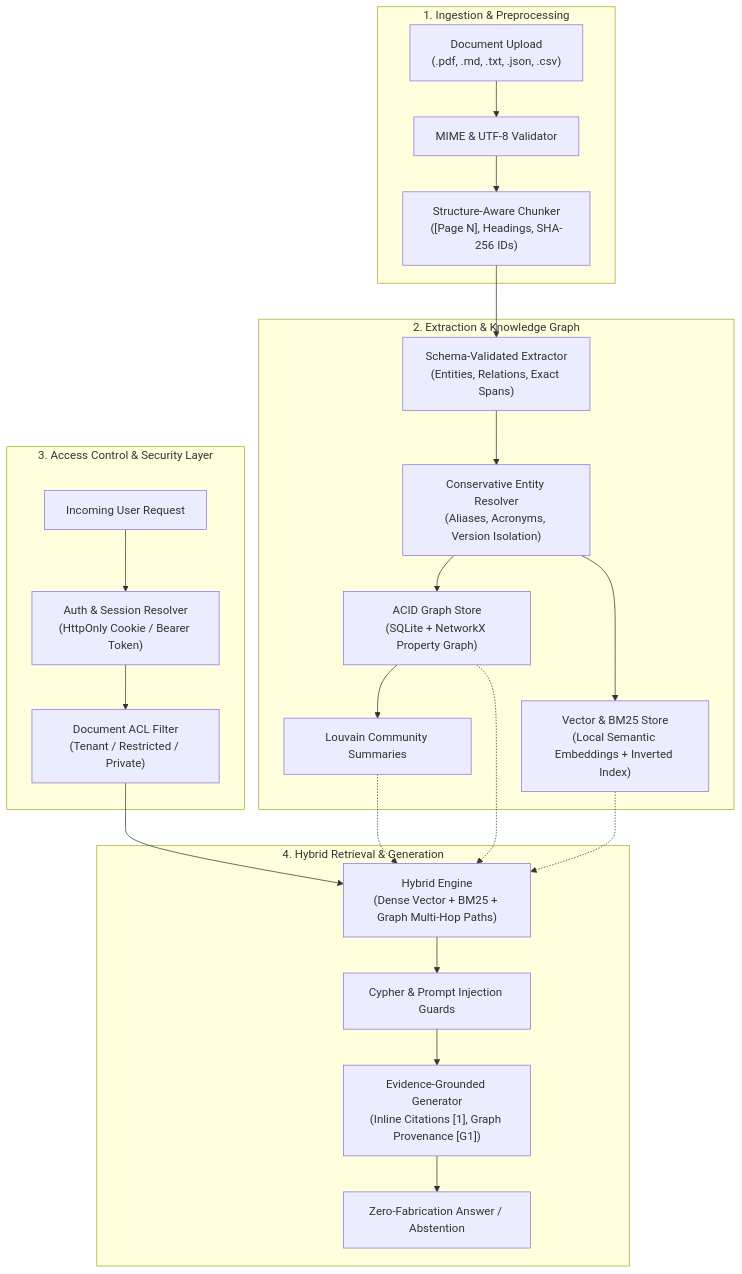
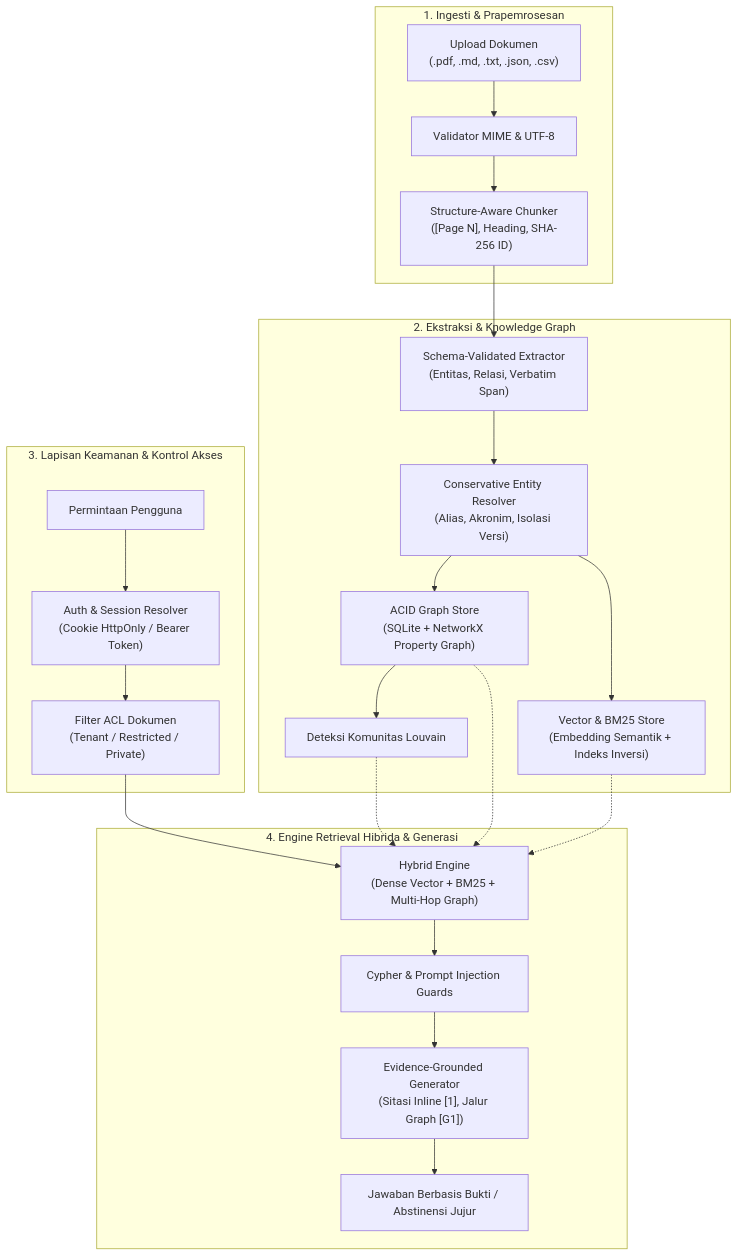
Before and after one commit to MTaufikIqball00/AutomatedGraph: the diagram in README.md, drawn with Mermaid. The commit also changed other lines of this file, not shown here.

Commit message:
feat: complete automated graphrag enterprise platform with rbac, document acl, and tailwind ui

````diff
--- a/README.md
+++ b/README.md
@@ -67,30 +69,30 @@
 ```mermaid
 flowchart TD
-    subgraph Ingestion["1. Ingestion & Preprocessing"]
-        Doc["Document Upload\n(.pdf, .md, .txt, .json, .csv)"] --> Val["MIME & UTF-8 Validator"]
-        Val --> Chunker["Structure-Aware Chunker\n([Page N], Headings, SHA-256 IDs)"]
+    subgraph Ingestion["1. Ingesti & Prapemrosesan"]
+        Doc["Upload Dokumen\n(.pdf, .md, .txt, .json, .csv)"] --> Val["Validator MIME & UTF-8"]
+        Val --> Chunker["Structure-Aware Chunker\n([Page N], Heading, SHA-256 ID)"]
     end
 
-    subgraph ExtractionStore["2. Extraction & Knowledge Graph"]
-        Chunker --> Extractor["Schema-Validated Extractor\n(Entities, Relations, Exact Spans)"]
-        Extractor --> Resolver["Conservative Entity Resolver\n(Aliases, Acronyms, Version Isolation)"]
+    subgraph ExtractionStore["2. Ekstraksi & Knowledge Graph"]
+        Chunker --> Extractor["Schema-Validated Extractor\n(Entitas, Relasi, Verbatim Span)"]
+        Extractor --> Resolver["Conservative Entity Resolver\n(Alias, Akronim, Isolasi Versi)"]
         Resolver --> GraphStore["ACID Graph Store\n(SQLite + NetworkX Property Graph)"]
-        Resolver --> VectorStore["Vector & BM25 Store\n(Local Semantic Embeddings + Inverted Index)"]
-        GraphStore --> Community["Louvain Community Summaries"]
+        Resolver --> VectorStore["Vector & BM25 Store\n(Embedding Semantik + Indeks Inversi)"]
+        GraphStore --> Community["Deteksi Komunitas Louvain"]
     end
 
-    subgraph SecurityLayer["3. Access Control & Security Layer"]
-        UserReq["Incoming User Request"] --> Auth["Auth & Session Resolver\n(HttpOnly Cookie / Bearer Token)"]
-        Auth --> ACL["Document ACL Filter\n(Tenant / Restricted / Private)"]
+    subgraph SecurityLayer["3. Lapisan Keamanan & Kontrol Akses"]
+        UserReq["Permintaan Pengguna"] --> Auth["Auth & Session Resolver\n(Cookie HttpOnly / Bearer Token)"]
+        Auth --> ACL["Filter ACL Dokumen\n(Tenant / Restricted / Private)"]
     end
 
-    subgraph HybridEngine["4. Hybrid Retrieval & Generation"]
-        ACL --> Retrieval["Hybrid Engine\n(Dense Vector + BM25 + Graph Multi-Hop Paths)"]
+    subgraph HybridEngine["4. Engine Retrieval Hibrida & Generasi"]
+        ACL --> Retrieval["Hybrid Engine\n(Dense Vector + BM25 + Multi-Hop Graph)"]
         GraphStore -.-> Retrieval
         VectorStore -.-> Retrieval
         Community -.-> Retrieval
         Retrieval --> Guard["Cypher & Prompt Injection Guards"]
-        Guard --> Synth["Evidence-Grounded Generator\n(Inline Citations [1], Graph Provenance [G1])"]
-        Synth --> Out["Zero-Fabrication Answer / Abstention"]
+        Guard --> Synth["Evidence-Grounded Generator\n(Sitasi Inline [1], Jalur Graph [G1])"]
+        Synth --> Out["Jawaban Berbasis Bukti / Abstinensi Jujur"]
     end
 ```
````
